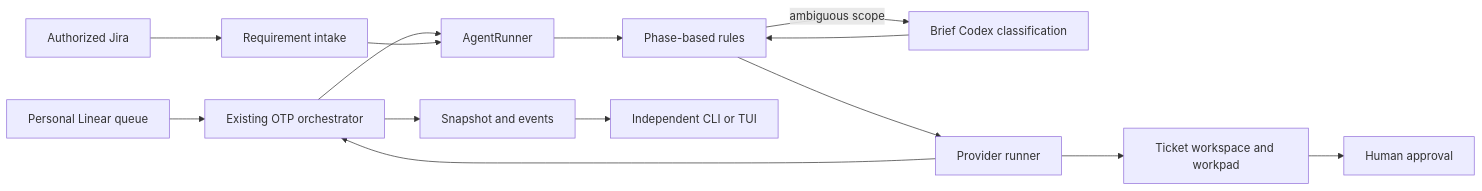
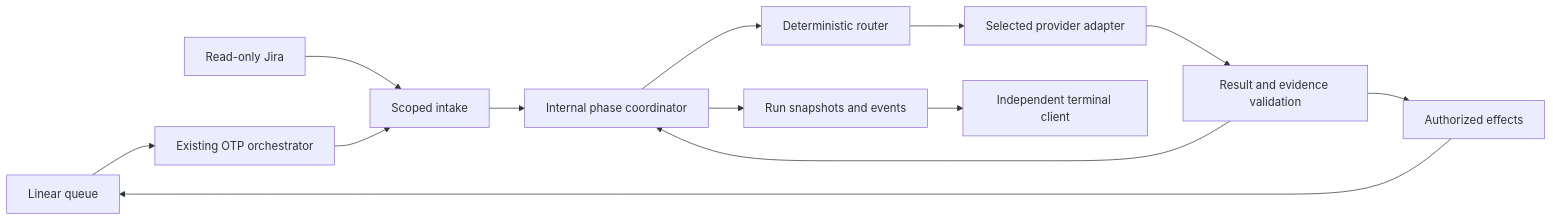
The diagram in docs/personal-symphony-design.md (mauricio-pajes/symphony), drawn with Mermaid before and after one commit. The commit also changed other lines of this file and 9 other files, not shown here.

First line of the commit message:
docs: refine the Personal Symphony architecture

````diff
--- a/docs/personal-symphony-design.md
+++ b/docs/personal-symphony-design.md
@@ -57,16 +33,15 @@
 ```mermaid
 flowchart LR
-  L[Personal Linear queue] --> O[Existing OTP orchestrator]
-  O --> R[AgentRunner]
-  J[Authorized Jira] --> I[Requirement intake]
-  I --> R
-  R --> A[Phase-based rules]
-  A -->|ambiguous scope| C[Brief Codex classification]
-  C --> A
-  A --> P[Provider runner]
-  P --> W[Ticket workspace and workpad]
-  P --> O
-  O --> S[Snapshot and events]
-  S --> T[Independent CLI or TUI]
-  W --> H[Human approval]
+  L[Linear queue] --> O[Existing OTP orchestrator]
+  J[Read-only Jira] --> I[Scoped intake]
+  O --> I
+  I --> W[Internal phase coordinator]
+  W --> R[Deterministic router]
+  R --> P[Selected provider adapter]
+  P --> V[Result and evidence validation]
+  V --> W
+  V --> E[Authorized effects]
+  E --> L
+  W --> S[Run snapshots and events]
+  S --> T[Independent terminal client]
 ```
````
